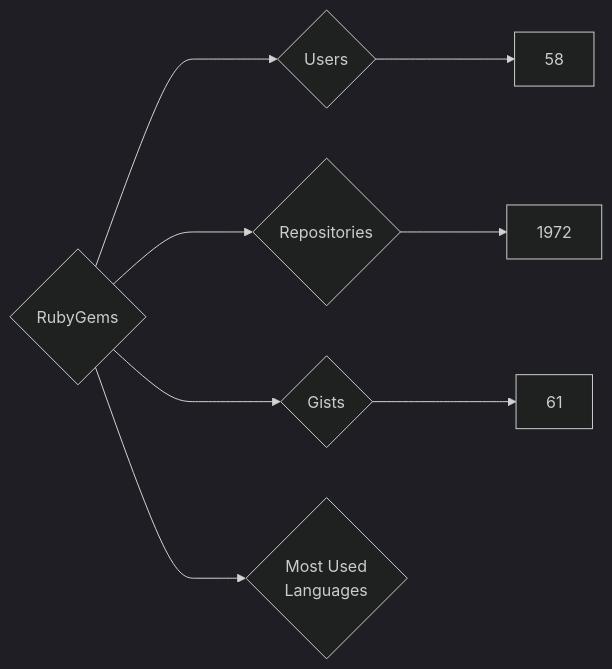
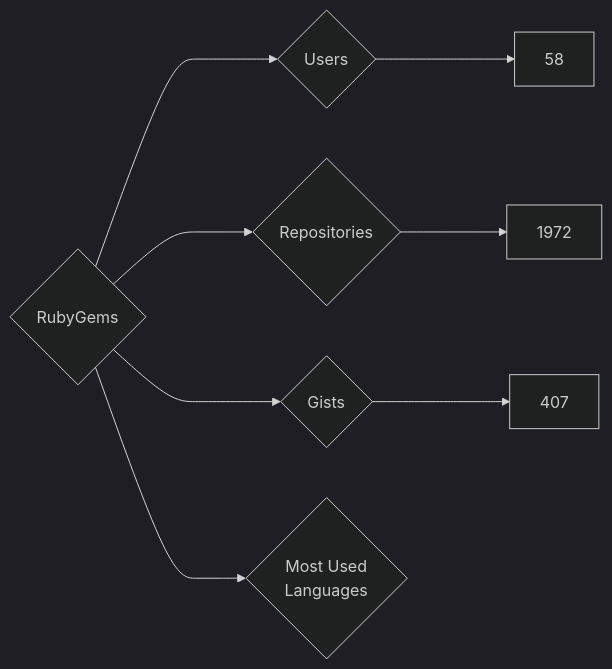
One commit to nenadzaric/insiders changed the diagram in targets/RubyGems/README.md. Above: the diagram before and after it, drawn with Mermaid (dark theme). The commit also changed 1342 other files, not shown here.

````diff
--- a/targets/RubyGems/README.md
+++ b/targets/RubyGems/README.md
@@ -3,8 +3,8 @@
 ```mermaid
 graph LR
 COMPANY_NAME{RubyGems}
 COMPANY_NAME ---> U{Users} ---> UN[58]
 COMPANY_NAME ---> R{Repositories} ---> RN[1972]
-COMPANY_NAME ---> G{Gists} ---> GN[61]
+COMPANY_NAME ---> G{Gists} ---> GN[407]
 COMPANY_NAME ---> ML{Most Used<br>Languages}
 ```
````
